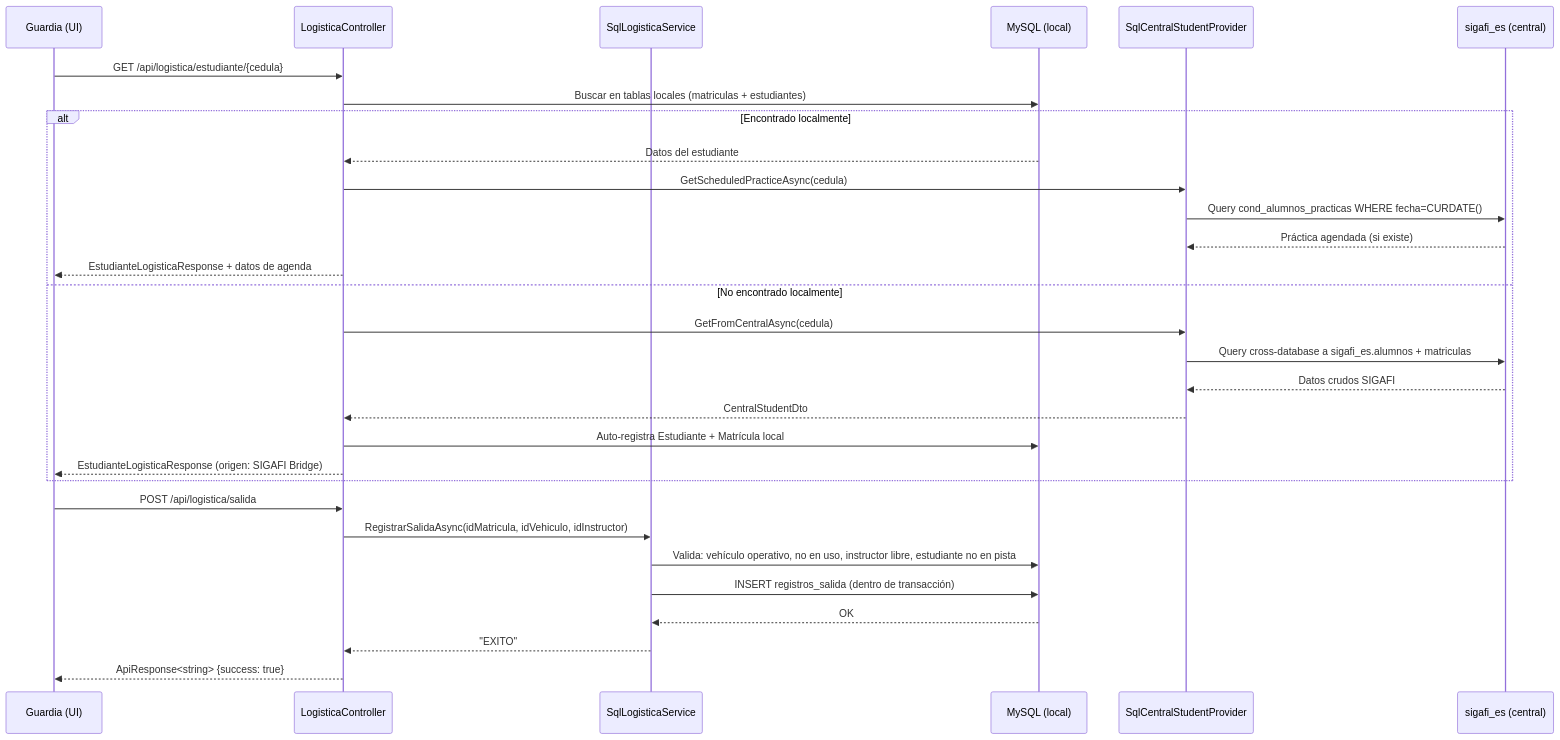
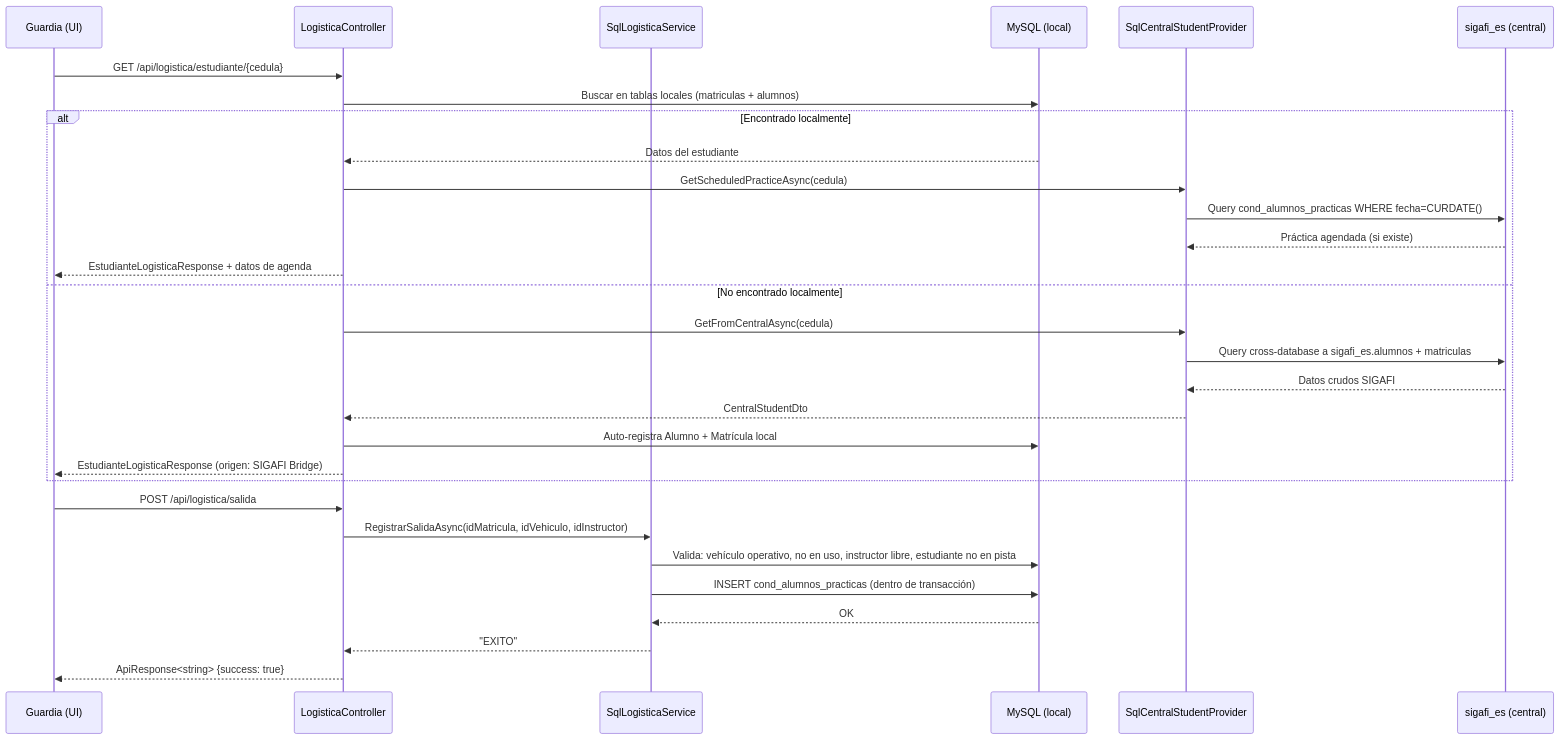
The second of 2 diagrams in docs/ARCHITECTURE.md (JorgeDoicela/istpet_vehiculos), drawn with Mermaid before and after one commit. The commit also changed other lines of this file and 7 other files, not shown here.

````diff
--- a/docs/ARCHITECTURE.md
+++ b/docs/ARCHITECTURE.md
@@ -98,34 +98,34 @@
 ```mermaid
 sequenceDiagram
     participant G as Guardia (UI)
     participant API as LogisticaController
     participant S as SqlLogisticaService
     participant DB as MySQL (local)
     participant C as SqlCentralStudentProvider
     participant SDB as sigafi_es (central)
 
     G->>API: GET /api/logistica/estudiante/{cedula}
-    API->>DB: Buscar en tablas locales (matriculas + estudiantes)
+    API->>DB: Buscar en tablas locales (matriculas + alumnos)
     alt Encontrado localmente
         DB-->>API: Datos del estudiante
         API->>C: GetScheduledPracticeAsync(cedula)
         C->>SDB: Query cond_alumnos_practicas WHERE fecha=CURDATE()
         SDB-->>C: Práctica agendada (si existe)
         API-->>G: EstudianteLogisticaResponse + datos de agenda
     else No encontrado localmente
         API->>C: GetFromCentralAsync(cedula)
         C->>SDB: Query cross-database a sigafi_es.alumnos + matriculas
         SDB-->>C: Datos crudos SIGAFI
         C-->>API: CentralStudentDto
-        API->>DB: Auto-registra Estudiante + Matrícula local
+        API->>DB: Auto-registra Alumno + Matrícula local
         API-->>G: EstudianteLogisticaResponse (origen: SIGAFI Bridge)
     end
 
     G->>API: POST /api/logistica/salida
     API->>S: RegistrarSalidaAsync(idMatricula, idVehiculo, idInstructor)
     S->>DB: Valida: vehículo operativo, no en uso, instructor libre, estudiante no en pista
-    S->>DB: INSERT registros_salida (dentro de transacción)
+    S->>DB: INSERT cond_alumnos_practicas (dentro de transacción)
     DB-->>S: OK
     S-->>API: "EXITO"
     API-->>G: ApiResponse<string> {success: true}
 ```
````
